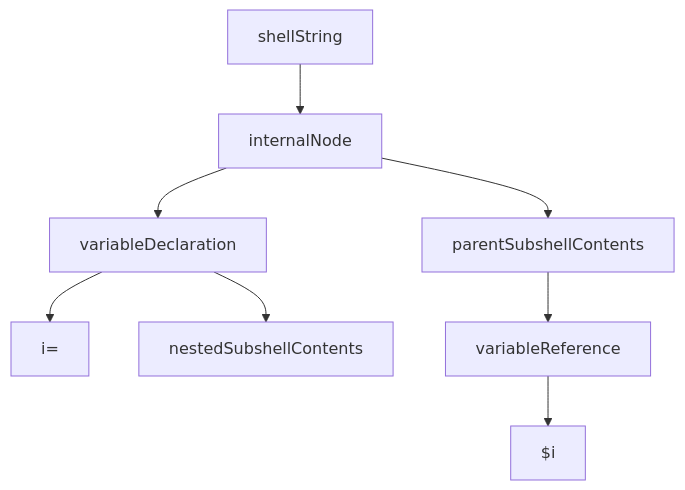
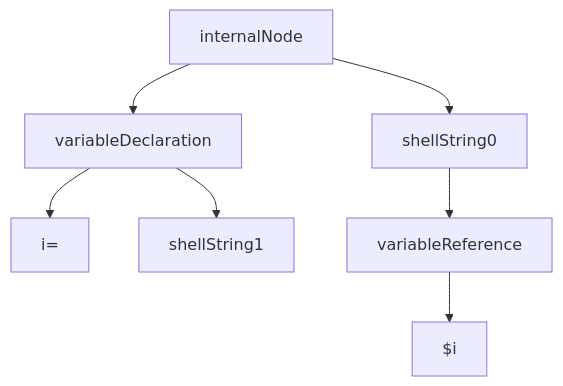
The second of 2 diagrams in documentation/contributing/unnest.md (michael-amiethyst/homebrew-core), drawn with Mermaid before and after one commit. The commit also changed other lines of this file and 7 other files, not shown here.

Commit message:
0.9.0 - Added mermaid graph method for logging

````diff
--- a/documentation/contributing/unnest.md
+++ b/documentation/contributing/unnest.md
@@ -26,10 +20,9 @@
 ```mermaid
 graph TD;
-    shellString --> internalNode
     internalNode --> variableDeclaration
     variableDeclaration --> id["i="]
-    variableDeclaration --> nestedSubshellContents
-    internalNode --> parentSubshellContents
-    parentSubshellContents --> variableReference
+    variableDeclaration --> shellString1
+    internalNode --> shellString0
+    shellString0 --> variableReference
     variableReference --> i["$i"]
 ```
````
